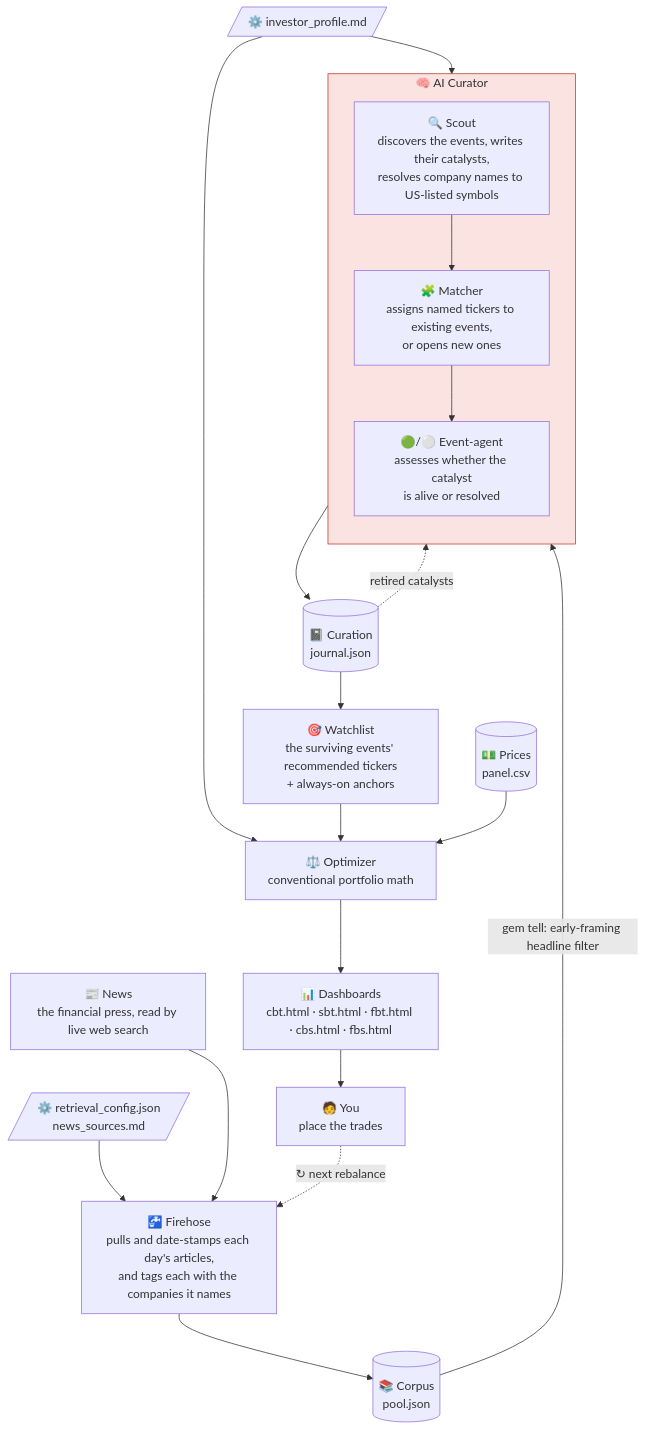
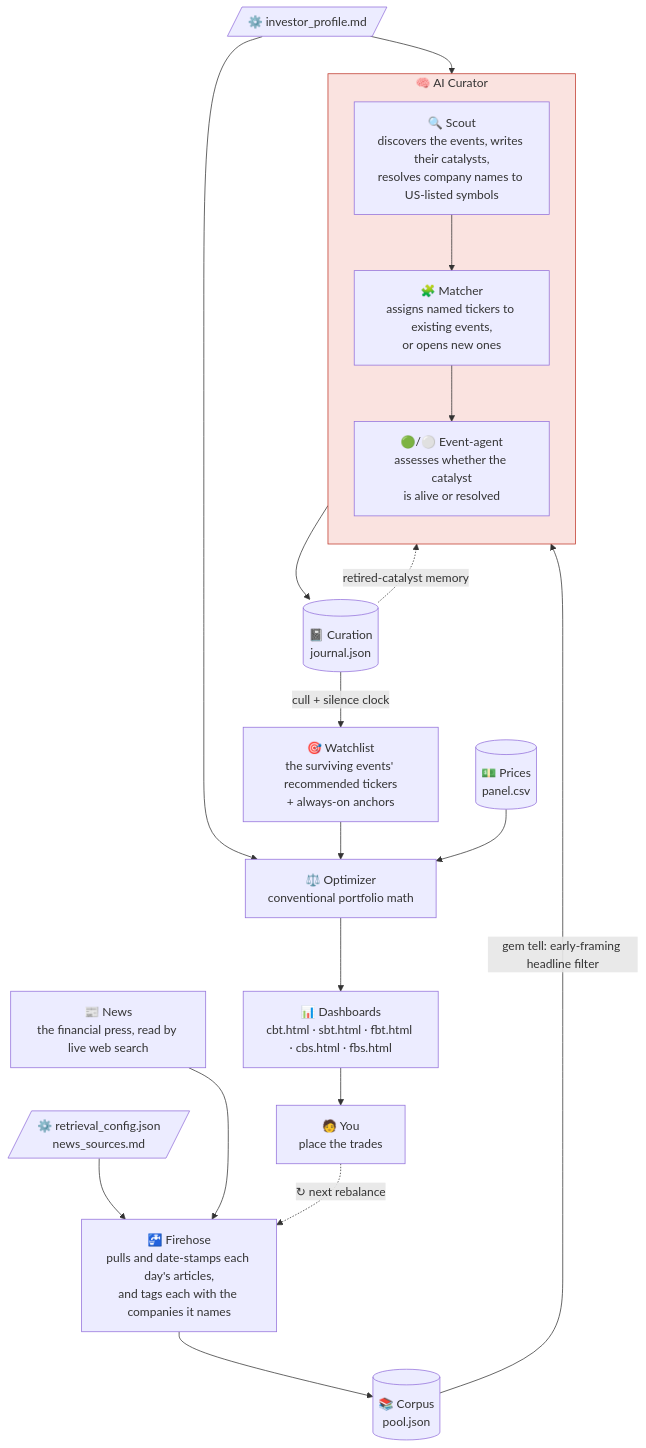
One commit to joehahn/geo-herd-rider changed the diagram in README.md. Above: the diagram before and after it, drawn with Mermaid.

Commit message:
Label the two edges where retirement actually happens
The cull and the silence clock retire positions on the J -> WL arrow
with no agent involved, which the diagram drew as a bare line and so
read as if the event-agent retired everything. And the dotted edge
carries memory of past retirements, not retirement itself.

Claude-Session: https://claude.ai/code/session_0124KDYUcFYPfSCds3YUFieg

````diff
--- a/README.md
+++ b/README.md
@@ -31,36 +31,36 @@
 ```mermaid
 flowchart TD
     N["📰 News<br/>the financial press, read by live web search"]
     CFG[/"⚙️ retrieval_config.json<br/>news_sources.md"/]
     N ~~~ CFG
     CFG --> FH
     N --> FH
     FH["🚰 Firehose<br/>pulls and date-stamps each day's articles,<br/>and tags each with the companies it names"]
     FH --> POOL[("📚 Corpus<br/>pool.json")]
     POOL -->|"gem tell: early-framing headline filter"| SC
 
     subgraph CUR["🧠 AI Curator"]
       direction TB
       SC["🔍 Scout<br/>discovers the events, writes their catalysts,<br/>resolves company names to US-listed symbols"]
       MA["🧩 Matcher<br/>assigns named tickers to existing events,<br/>or opens new ones"]
       AG["🟢/⚪ Event-agent<br/>assesses whether the catalyst<br/>is alive or resolved"]
       SC --> MA --> AG
     end
 
     PROF[/"⚙️ investor_profile.md"/]
     PROF --> SC
     PROF --> OPT
 
     AG --> J[("📓 Curation<br/>journal.json")]
-    J -. "retired catalysts" .-> SC
-    J --> WL
+    J -. "retired-catalyst memory" .-> SC
+    J -->|"cull + silence clock"| WL
     WL["🎯 Watchlist<br/>the surviving events' recommended tickers<br/>+ always-on anchors"]
     WL --> OPT
     PX[("💵 Prices<br/>panel.csv")] --> OPT
     OPT["⚖️ Optimizer<br/>conventional portfolio math"]
     OPT --> D["📊 Dashboards<br/>cbt.html · sbt.html · fbt.html · cbs.html · fbs.html"]
     D --> U["🧑 You<br/>place the trades"]
     U -. "↻ next rebalance" .-> FH
 
     style CUR fill:#fae3e0,stroke:#c0392b
 ```
````
